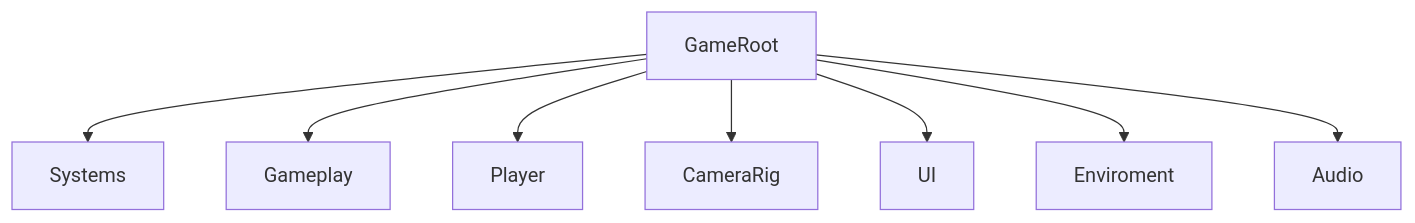
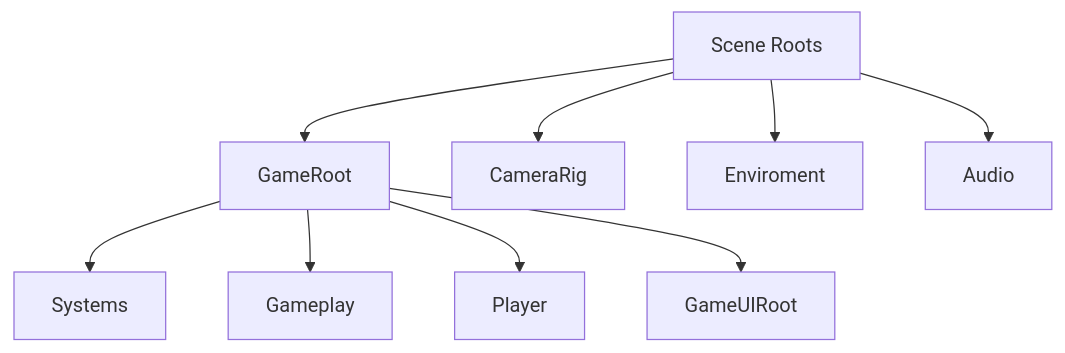
One commit to NicoCG32/Squid-Ink-Pulse-Public-Version changed the diagram in Docs/RuntimeHierarchyAudit.md. Above: the diagram before and after it, drawn with Mermaid. The commit also changed other lines of this file and 240 other files, not shown here.

````diff
--- a/Docs/RuntimeHierarchyAudit.md
+++ b/Docs/RuntimeHierarchyAudit.md
@@ -115,10 +119,11 @@
 ```mermaid
 flowchart TD
+    Scene[Scene Roots] --> GameRoot
+    Scene --> CameraRig
+    Scene --> Enviroment
+    Scene --> Audio
     GameRoot --> Systems
     GameRoot --> Gameplay
     GameRoot --> Player
-    GameRoot --> CameraRig
-    GameRoot --> UI
-    GameRoot --> Enviroment
-    GameRoot --> Audio
+    GameRoot --> GameUIRoot
 ```
````
